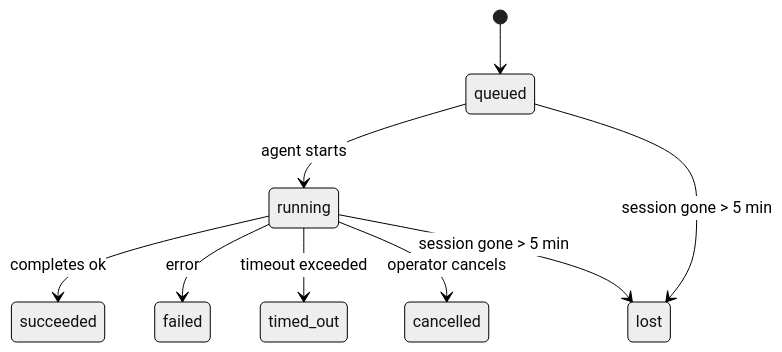
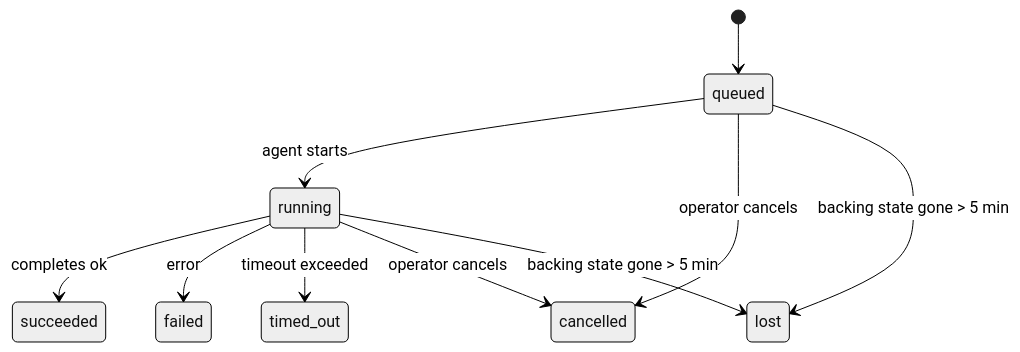
Before and after one commit to hotboysupreme12-hash/Automnia-AI-Nexus: the diagram in docs/openclaw-latest/pages/automation/tasks.md, drawn with Mermaid (neutral theme). The commit also changed other lines of this file and 832 other files, not shown here.

Commit message:
feat: harden desktop runtime and OpenClaw flows

````diff
--- a/docs/openclaw-latest/pages/automation/tasks.md
+++ b/docs/openclaw-latest/pages/automation/tasks.md
@@ -121,11 +119,12 @@
 ```mermaid
 stateDiagram-v2
     [*] --> queued
     queued --> running : agent starts
     running --> succeeded : completes ok
     running --> failed : error
     running --> timed_out : timeout exceeded
+    queued --> cancelled : operator cancels
     running --> cancelled : operator cancels
-    queued --> lost : session gone > 5 min
-    running --> lost : session gone > 5 min
+    queued --> lost : backing state gone > 5 min
+    running --> lost : backing state gone > 5 min
 ```
````
